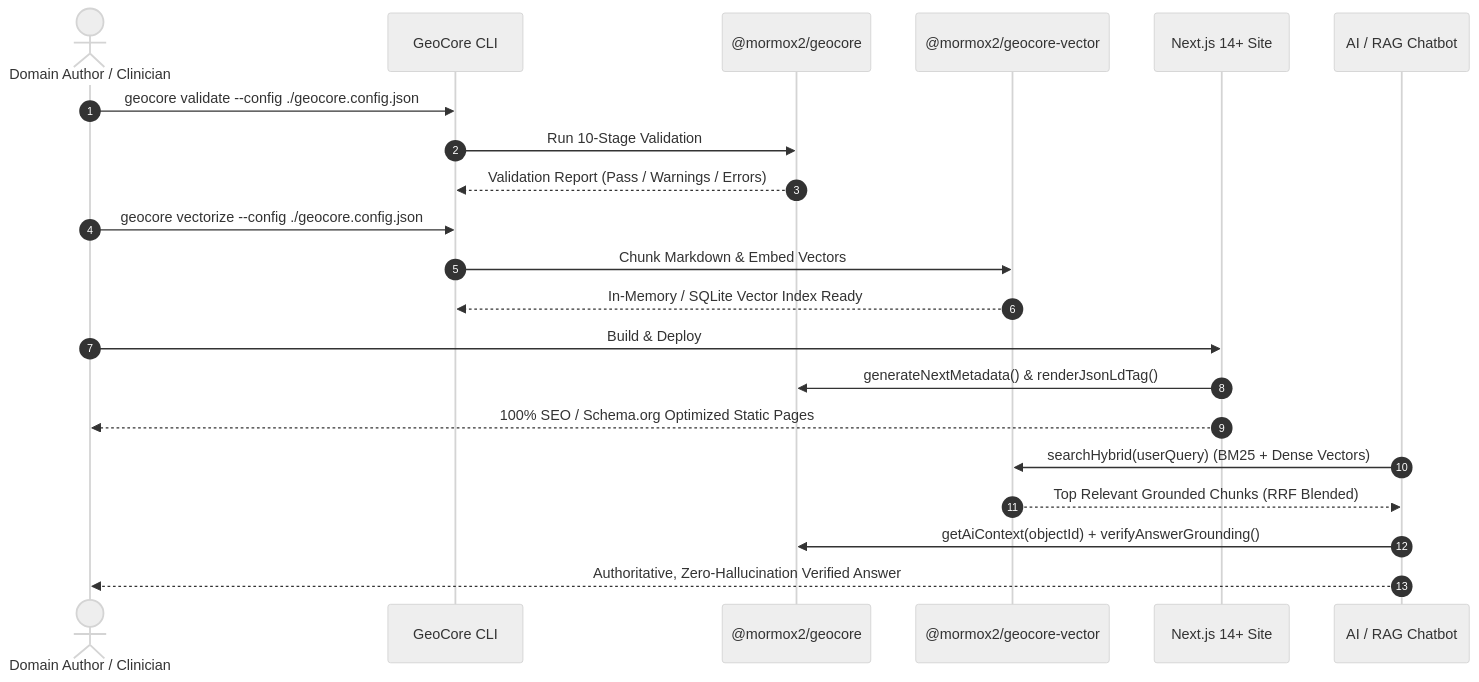
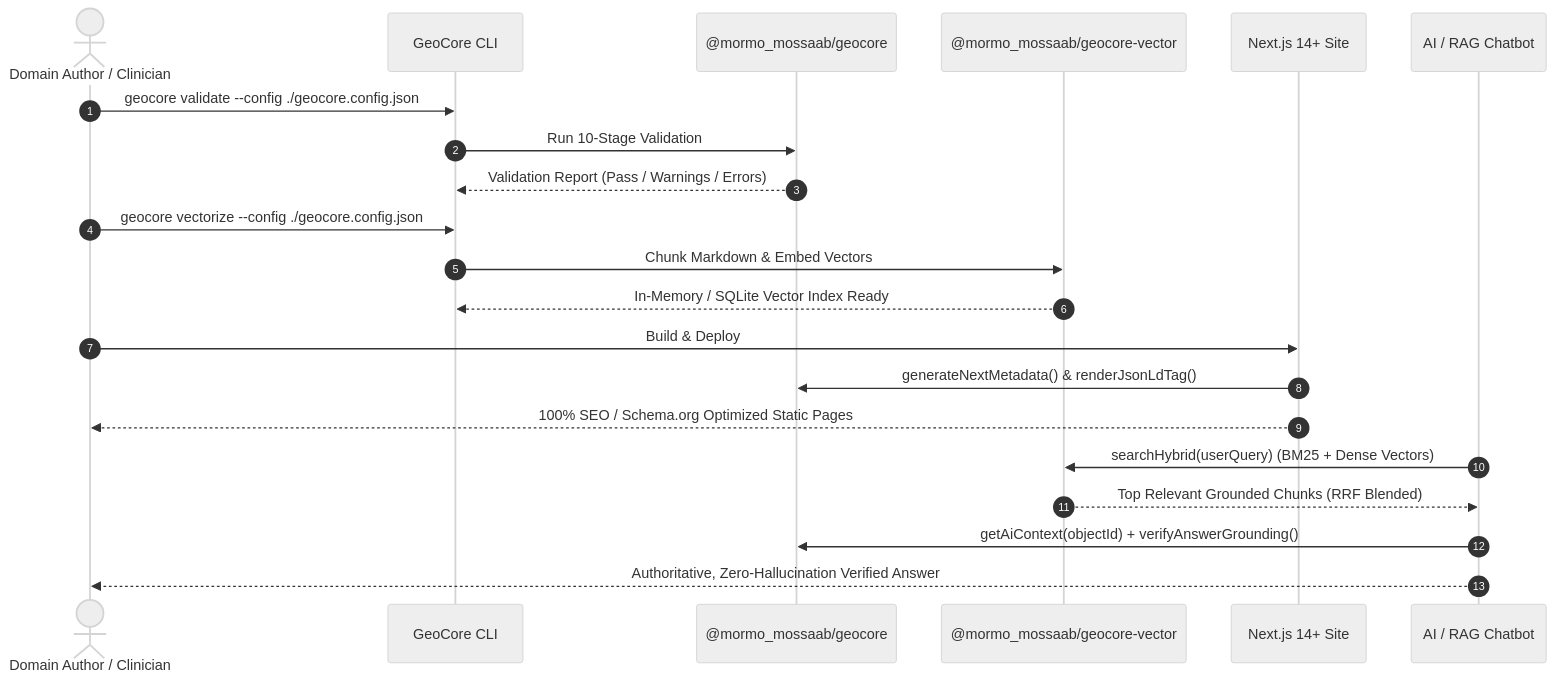
The second of 2 diagrams in docs/ARCHITECTURE_OVERVIEW.md (mormox2/GeoCore), drawn with Mermaid (neutral theme) before and after one commit. The commit also changed other lines of this file and 116 other files, not shown here.

Commit message:
chore(packages): update npm scope from @mormox2 to @mormo_mossaab

````diff
--- a/docs/ARCHITECTURE_OVERVIEW.md
+++ b/docs/ARCHITECTURE_OVERVIEW.md
@@ -85,27 +85,27 @@
 ```mermaid
 sequenceDiagram
     autonumber
     actor Author as Domain Author / Clinician
     participant CLI as GeoCore CLI
-    participant Engine as @mormox2/geocore
-    participant Vector as @mormox2/geocore-vector
+    participant Engine as @mormo_mossaab/geocore
+    participant Vector as @mormo_mossaab/geocore-vector
     participant Next as Next.js 14+ Site
     participant LLM as AI / RAG Chatbot
 
     Author->>CLI: geocore validate --config ./geocore.config.json
     CLI->>Engine: Run 10-Stage Validation
     Engine-->>CLI: Validation Report (Pass / Warnings / Errors)
 
     Author->>CLI: geocore vectorize --config ./geocore.config.json
     CLI->>Vector: Chunk Markdown & Embed Vectors
     Vector-->>CLI: In-Memory / SQLite Vector Index Ready
 
     Author->>Next: Build & Deploy
     Next->>Engine: generateNextMetadata() & renderJsonLdTag()
     Next-->>Author: 100% SEO / Schema.org Optimized Static Pages
 
     LLM->>Vector: searchHybrid(userQuery) (BM25 + Dense Vectors)
     Vector-->>LLM: Top Relevant Grounded Chunks (RRF Blended)
     LLM->>Engine: getAiContext(objectId) + verifyAnswerGrounding()
     LLM-->>Author: Authoritative, Zero-Hallucination Verified Answer
 ```
````
